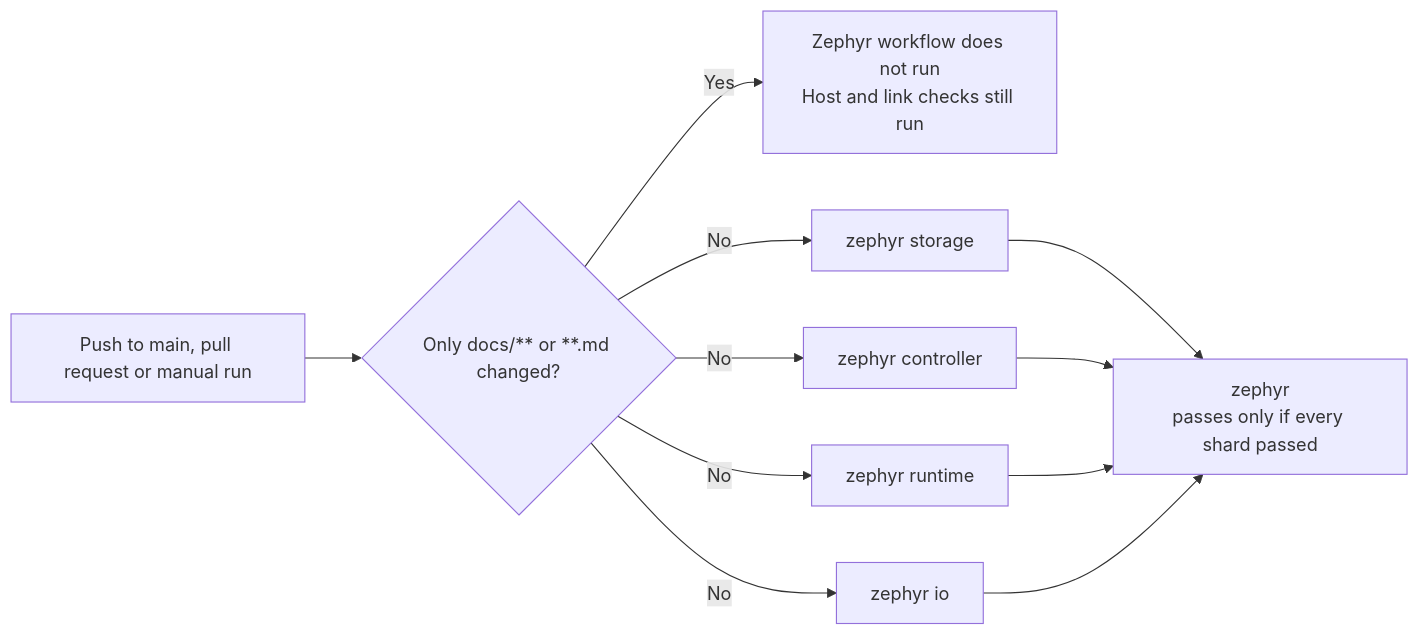
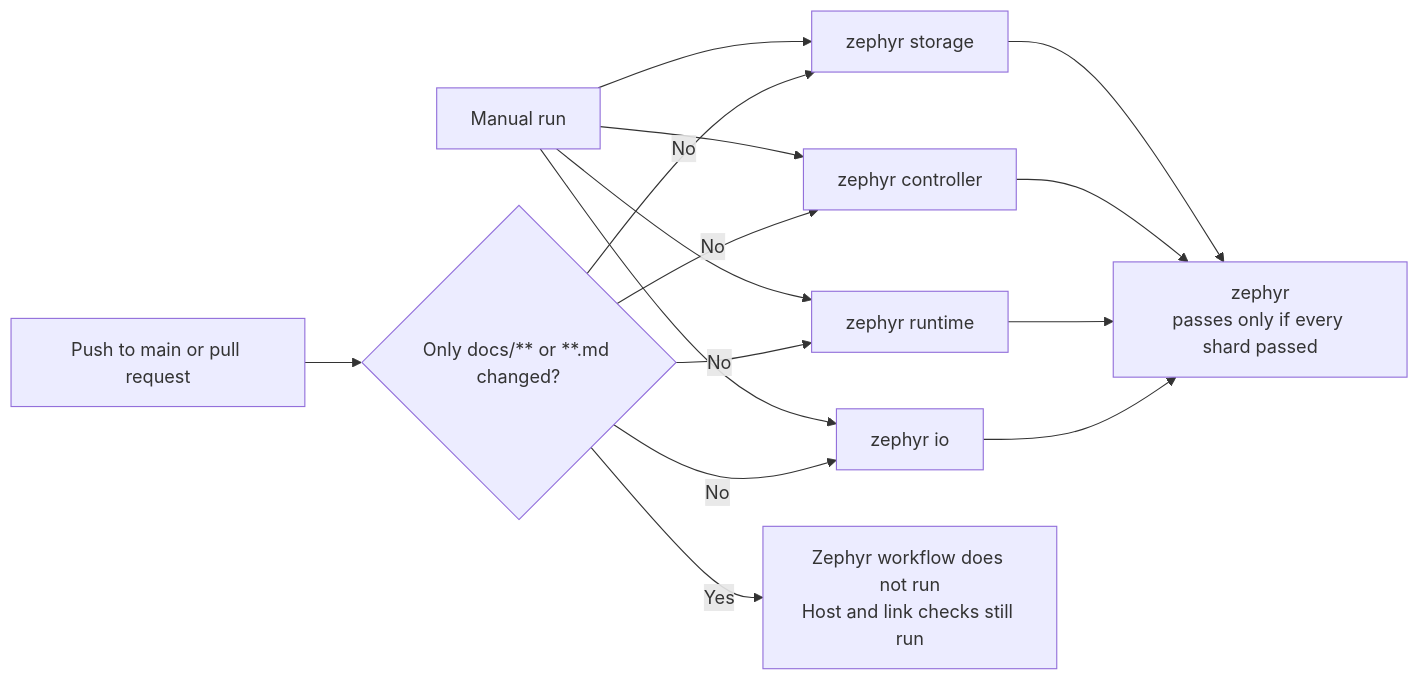
One commit to wonny-labs/crux-pilot changed the diagram in docs/ci-zephyr-shards.md. Above: the diagram before and after it, drawn with Mermaid. The commit also changed other lines of this file, not shown here.

````diff
--- a/docs/ci-zephyr-shards.md
+++ b/docs/ci-zephyr-shards.md
@@ -7,13 +7,17 @@
 ```mermaid
 flowchart LR
-    event["Push to main, pull request or manual run"] --> filter{"Only docs/** or **.md changed?"}
+    event["Push to main or pull request"] --> filter{"Only docs/** or **.md changed?"}
+    manual["Manual run"] --> storage
+    manual --> controller
+    manual --> runtime
+    manual --> io
     filter -- "Yes" --> skip["Zephyr workflow does not run<br/>Host and link checks still run"]
     filter -- "No" --> storage["zephyr storage"]
     filter -- "No" --> controller["zephyr controller"]
     filter -- "No" --> runtime["zephyr runtime"]
     filter -- "No" --> io["zephyr io"]
     storage --> summary["zephyr<br/>passes only if every shard passed"]
     controller --> summary
     runtime --> summary
     io --> summary
 ```
````
